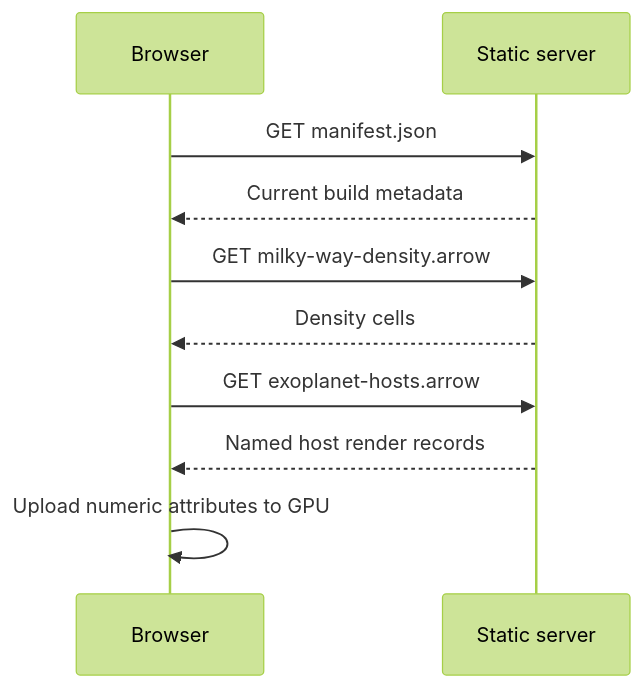
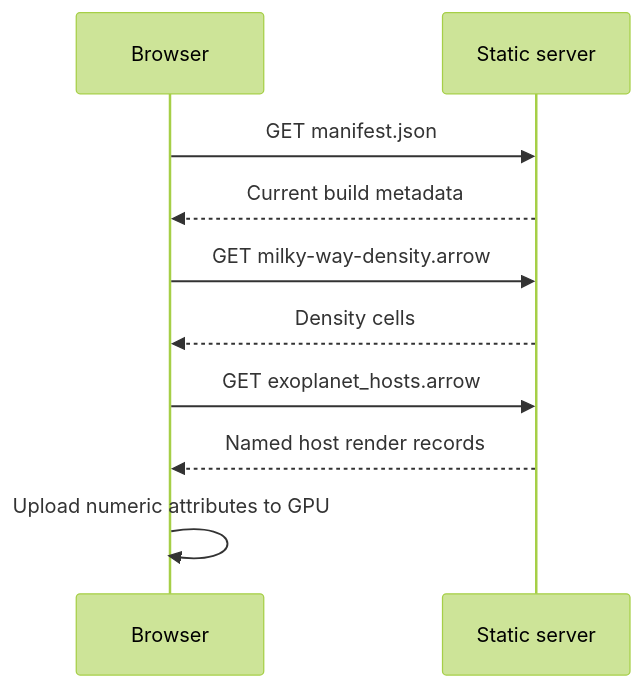
One commit to sunvonog/milky-way-explorer changed the third of 4 diagrams in docs/DATA_FLOW.md. Above: the diagram before and after it, drawn with Mermaid (forest theme). The commit also changed other lines of this file and 22 other files, not shown here.

````diff
--- a/docs/DATA_FLOW.md
+++ b/docs/DATA_FLOW.md
@@ -426,13 +455,13 @@
 ```mermaid
 sequenceDiagram
     participant B as Browser
     participant S as Static server
 
     B->>S: GET manifest.json
     S-->>B: Current build metadata
     B->>S: GET milky-way-density.arrow
     S-->>B: Density cells
-    B->>S: GET exoplanet-hosts.arrow
+    B->>S: GET exoplanet_hosts.arrow
     S-->>B: Named host render records
     B->>B: Upload numeric attributes to GPU
 ```
````
